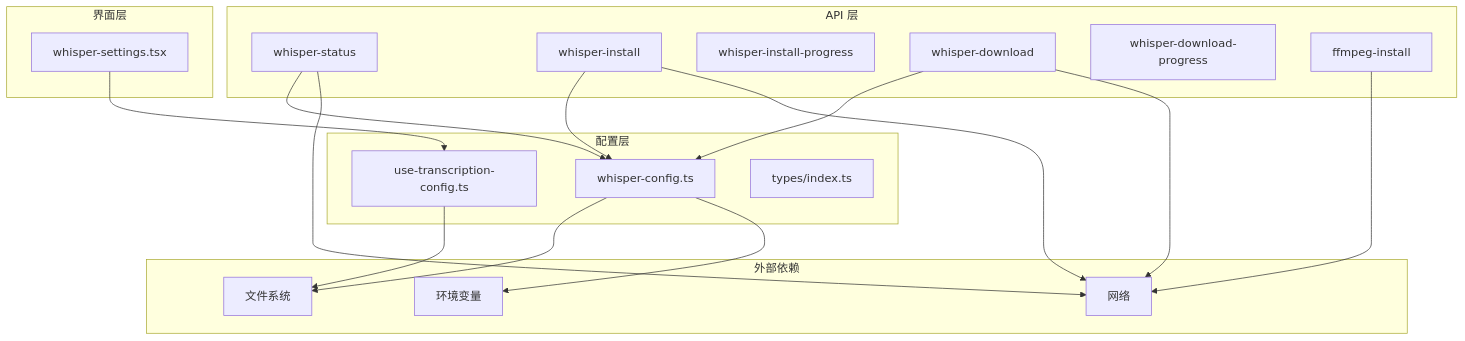
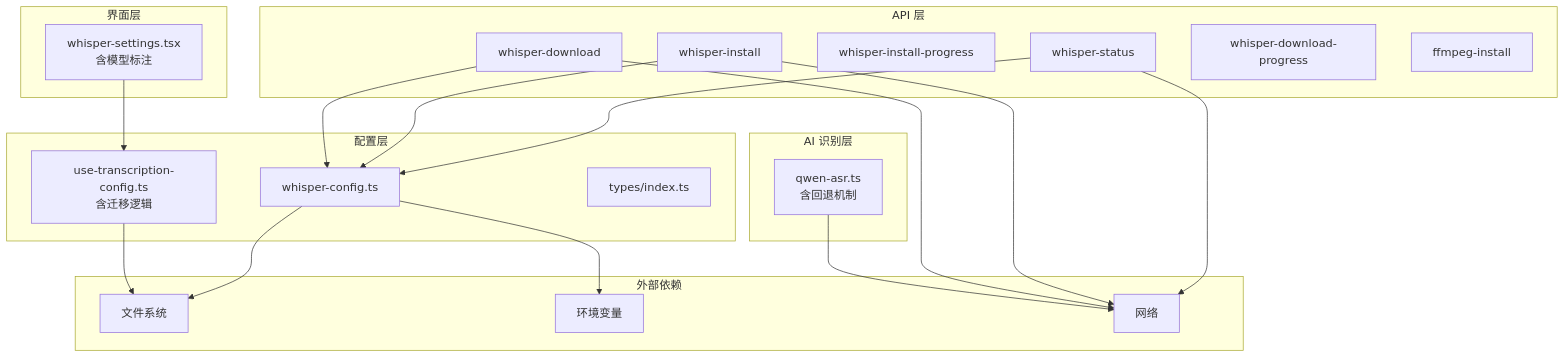
Before and after one commit to clawbotai/memo-flow: the eighth of 8 diagrams in .qoder/repowiki/zh/content/Whisper Configuration.md, drawn with Mermaid. The commit also changed other lines of this file and 18 other files, not shown here.

````diff
--- a/.qoder/repowiki/zh/content/Whisper Configuration.md
+++ b/.qoder/repowiki/zh/content/Whisper Configuration.md
@@ -278,35 +371,38 @@
 ```mermaid
 graph TB
 subgraph "配置层"
 WC[whisper-config.ts]
-UT[use-transcription-config.ts]
+UT[use-transcription-config.ts<br/>含迁移逻辑]
 TS[types/index.ts]
 end
+subgraph "AI 识别层"
+QASR[qwen-asr.ts<br/>含回退机制]
+end
 subgraph "界面层"
-WS[whisper-settings.tsx]
+WS[whisper-settings.tsx<br/>含模型标注]
 end
 subgraph "API 层"
 WS_API[whisper-status]
 WI_API[whisper-install]
 WIP_API[whisper-install-progress]
 WD_API[whisper-download]
 WDP_API[whisper-download-progress]
 FI_API[ffmpeg-install]
 end
 subgraph "外部依赖"
 FS[文件系统]
 ENV[环境变量]
 NET[网络]
 end
 WC --> FS
 WC --> ENV
 UT --> FS
 WS --> UT
 WS_API --> WC
 WI_API --> WC
 WD_API --> WC
 WS_API --> NET
 WI_API --> NET
 WD_API --> NET
-FI_API --> NET
+QASR --> NET
 ```
````
